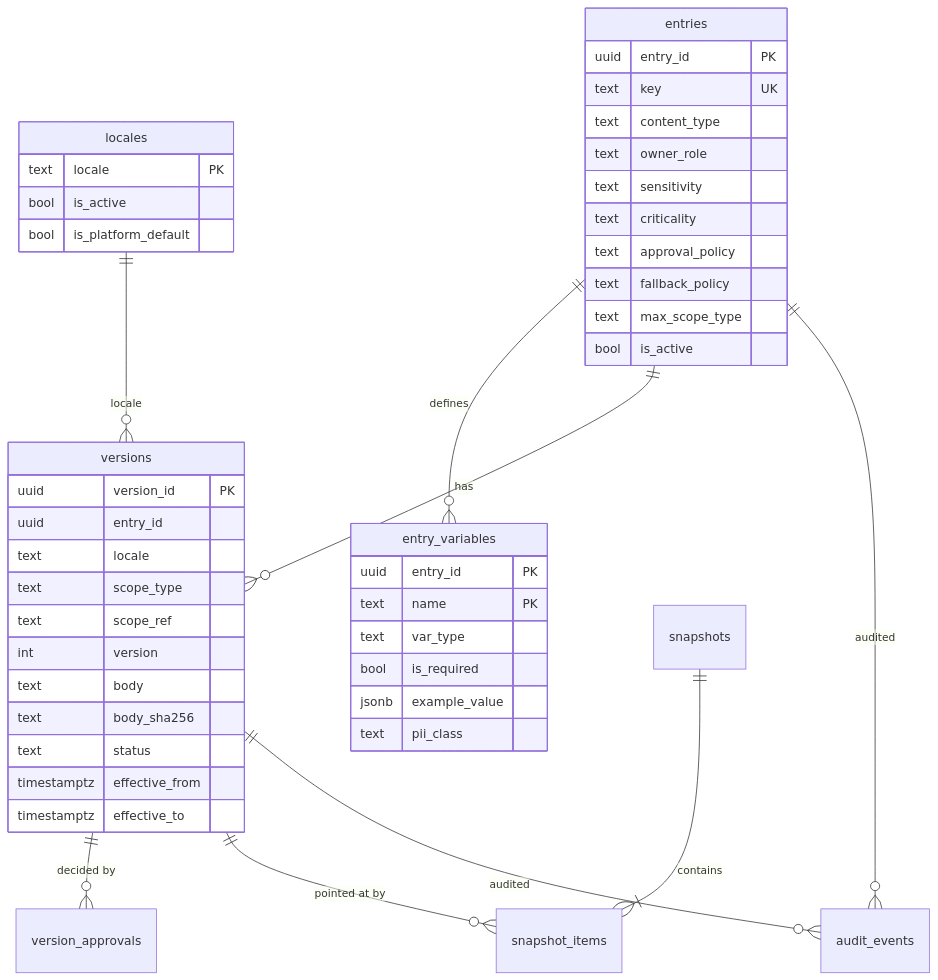
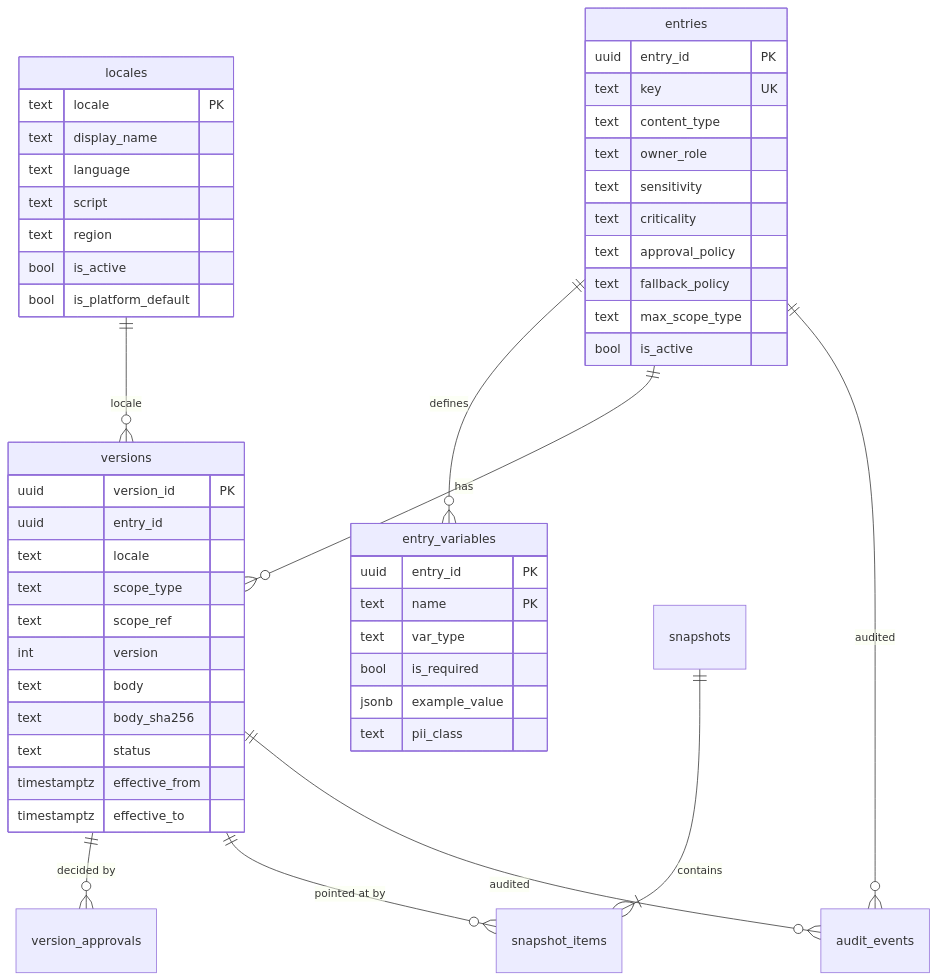
One commit to dukm20/bananagig.com changed the first of 2 diagrams in docs/engineering/CONTENT.md. Above: the diagram before and after it, drawn with Mermaid. The commit also changed other lines of this file and 86 other files, not shown here.

````diff
--- a/docs/engineering/CONTENT.md
+++ b/docs/engineering/CONTENT.md
@@ -27,49 +27,53 @@
 ```mermaid
 erDiagram
   locales ||--o{ versions : "locale"
   entries ||--o{ entry_variables : "defines"
   entries ||--o{ versions : "has"
   versions ||--o{ version_approvals : "decided by"
   snapshots ||--|{ snapshot_items : "contains"
   versions ||--o{ snapshot_items : "pointed at by"
   entries ||--o{ audit_events : "audited"
   versions ||--o{ audit_events : "audited"
   locales {
     text locale PK
+    text display_name
+    text language
+    text script
+    text region
     bool is_active
     bool is_platform_default
   }
   entries {
     uuid entry_id PK
     text key UK
     text content_type
     text owner_role
     text sensitivity
     text criticality
     text approval_policy
     text fallback_policy
     text max_scope_type
     bool is_active
   }
   entry_variables {
     uuid entry_id PK
     text name PK
     text var_type
     bool is_required
     jsonb example_value
     text pii_class
   }
   versions {
     uuid version_id PK
     uuid entry_id
     text locale
     text scope_type
     text scope_ref
     int version
     text body
     text body_sha256
     text status
     timestamptz effective_from
     timestamptz effective_to
   }
 ```
````
